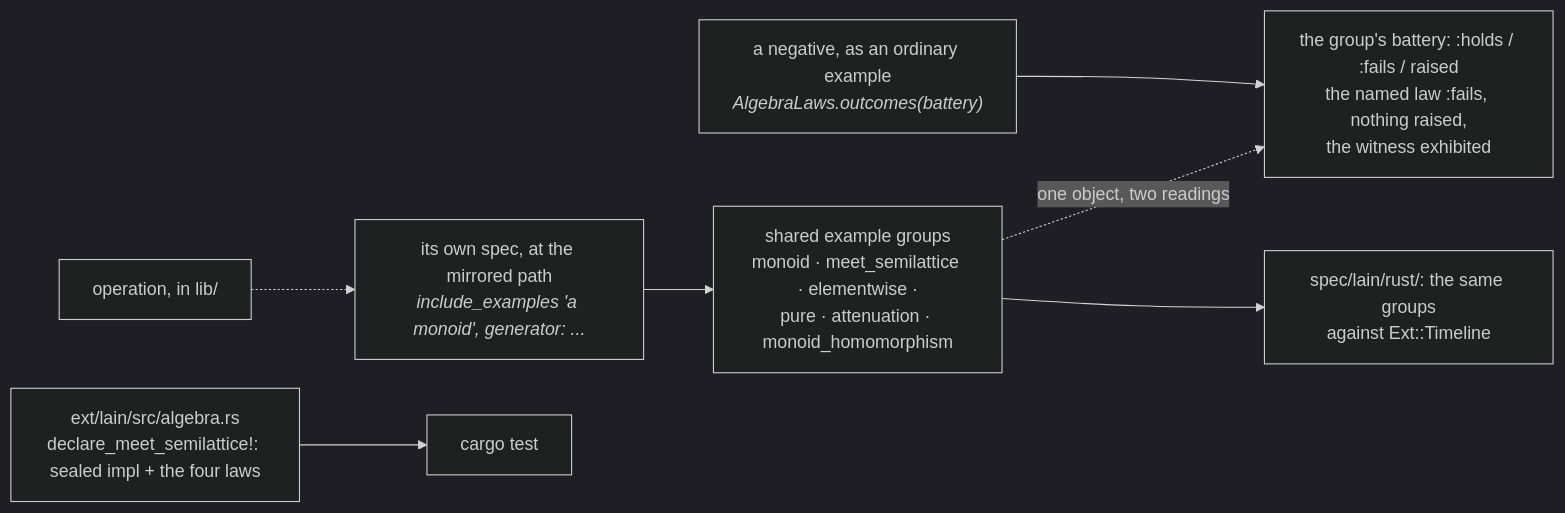
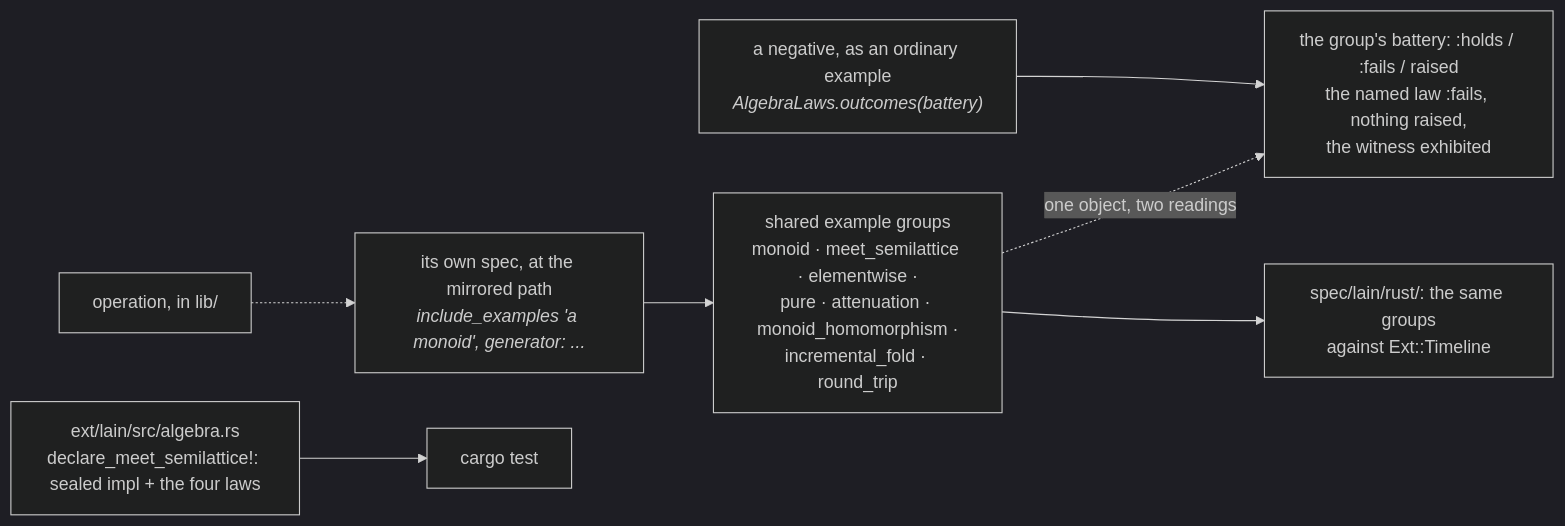
One commit to liaden/lain changed the fourth of 6 diagrams in ARCHITECTURE.md. Above: the diagram before and after it, drawn with Mermaid (dark theme). The commit also changed other lines of this file and 3 other files, not shown here.

Commit message:
docs: name the incremental folds, round trips and prefix chain

````diff
--- a/ARCHITECTURE.md
+++ b/ARCHITECTURE.md
@@ -1808,11 +1837,11 @@
 ```mermaid
 flowchart LR
   OP["operation, in lib/"] -.-> SPEC
   SPEC["its own spec, at the mirrored path<br/><i>include_examples 'a monoid', generator: ...</i>"] --> GROUPS
-  GROUPS["shared example groups<br/>monoid · meet_semilattice · elementwise ·<br/>pure · attenuation · monoid_homomorphism"]
+  GROUPS["shared example groups<br/>monoid · meet_semilattice · elementwise ·<br/>pure · attenuation · monoid_homomorphism ·<br/>incremental_fold · round_trip"]
   NEG["a negative, as an ordinary example<br/><i>AlgebraLaws.outcomes(battery)</i>"] --> BATTERY
   BATTERY["the group's battery: :holds / :fails / raised<br/>the named law :fails, nothing raised,<br/>the witness exhibited"]
   GROUPS -.->|"one object, two readings"| BATTERY
   RUST["ext/lain/src/algebra.rs<br/>declare_meet_semilattice!: sealed impl + the four laws"] --> CARGO["cargo test"]
   GROUPS --> BIND["spec/lain/rust/: the same groups<br/>against Ext::Timeline"]
 ```
````
